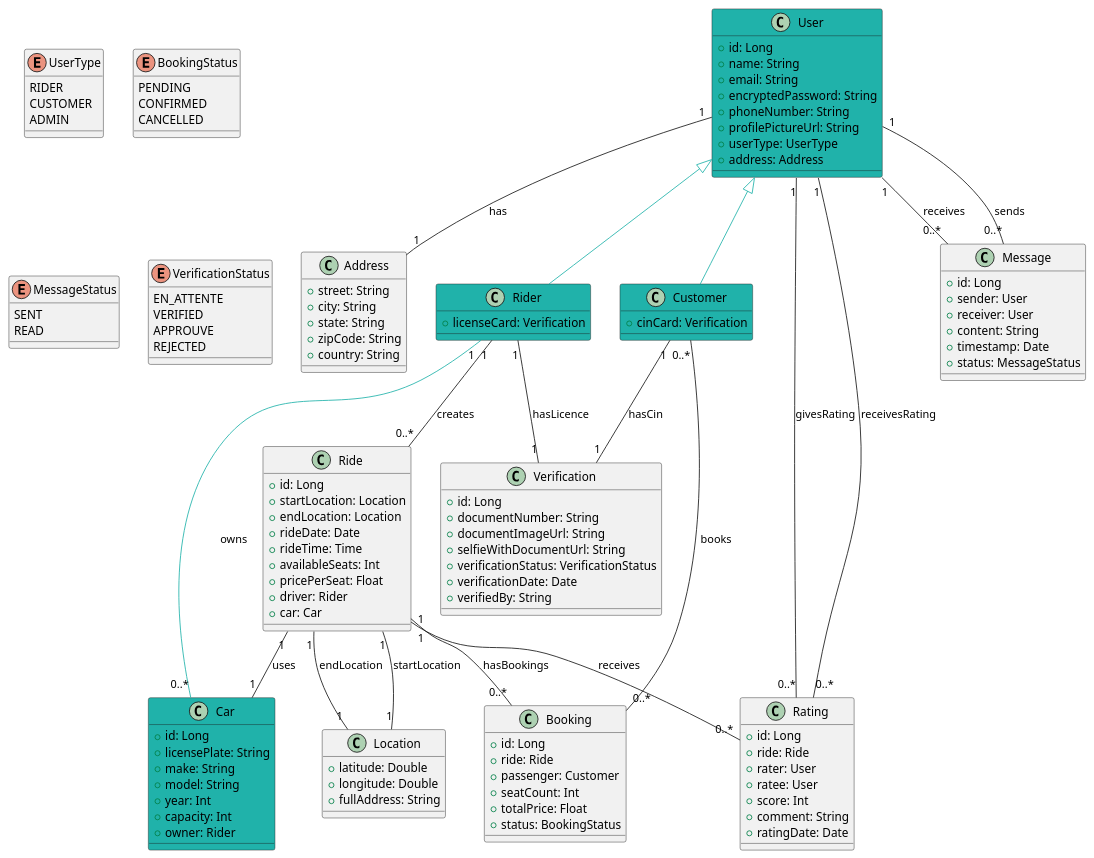
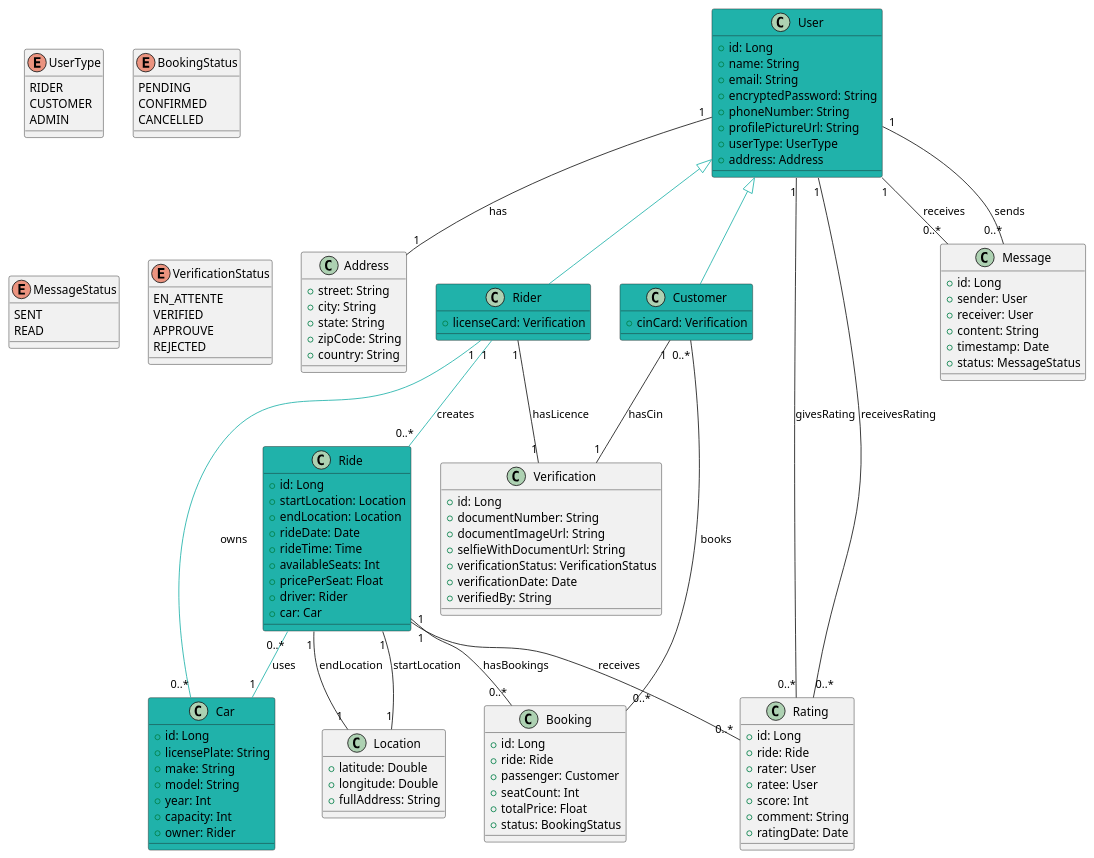
Before and after one commit to Mk-1000/my-ride-api: the diagram in MyRide.plantuml, drawn with PlantUML.

Commit message:
update class diagram

```diff
--- a/MyRide.plantuml
+++ b/MyRide.plantuml
@@ -1,143 +1,143 @@
 @startuml
 class User #LightSeaGreen {
   +id: Long
   +name: String
   +email: String
   +encryptedPassword: String
   +phoneNumber: String
   +profilePictureUrl: String
   +userType: UserType
   +address: Address
 }
 
 class Address {
   +street: String
   +city: String
   +state: String
   +zipCode: String
   +country: String
 }
 
 class Location {
   +latitude: Double
   +longitude: Double
   +fullAddress: String
 }
 
 class Rider #LightSeaGreen {
   +licenseCard: Verification
 }
 
 class Verification {
   +id: Long
   +documentNumber: String
   +documentImageUrl: String
   +selfieWithDocumentUrl: String
   +verificationStatus: VerificationStatus
   +verificationDate: Date
   +verifiedBy: String
 }
 
 class Customer #LightSeaGreen{
     +cinCard: Verification
 }
 
 class Car #LightSeaGreen{
   +id: Long
   +licensePlate: String
   +make: String
   +model: String
   +year: Int
   +capacity: Int
   +owner: Rider
 }
 
-class Ride {
+class Ride #LightSeaGreen {
   +id: Long
   +startLocation: Location
   +endLocation: Location
   +rideDate: Date
   +rideTime: Time
   +availableSeats: Int
   +pricePerSeat: Float
   +driver: Rider
   +car: Car
 }
 
 class Booking {
   +id: Long
   +ride: Ride
   +passenger: Customer
   +seatCount: Int
   +totalPrice: Float
   +status: BookingStatus
 }
 
 class Rating {
   +id: Long
   +ride: Ride
   +rater: User
   +ratee: User
   +score: Int
   +comment: String
   +ratingDate: Date
 }
 
 class Message {
   +id: Long
   +sender: User
   +receiver: User
   +content: String
   +timestamp: Date
   +status: MessageStatus
 }
 
 enum UserType {
   RIDER
   CUSTOMER
   ADMIN
 }
 
 enum BookingStatus {
   PENDING
   CONFIRMED
   CANCELLED
 }
 
 enum MessageStatus {
   SENT
   READ
 }
 
 ' Waiting for verification (initial state)
 ' Good detection by AI (automated status)
 ' Final approval by support team
 ' Rejected by support team or failed AI verification
 
 enum VerificationStatus {
   EN_ATTENTE
   VERIFIED
   APPROUVE
   REJECTED
 }
 
 ' Relationships
 Customer "1" -- "1" Verification: hasCin
 Rider "1" -- "1" Verification: hasLicence
 User "1" -- "1" Address: has
 
 User <|-- Rider #LightSeaGreen
 User <|-- Customer #LightSeaGreen
 Rider "1" -- "0..*" Car #LightSeaGreen : owns
-Rider "1" -- "0..*" Ride: creates 
-Ride "1" -- "1" Car: uses
+Rider "1" -- "0..*" Ride #LightSeaGreen : creates 
+Ride "0..*" -- "1" Car #LightSeaGreen : uses
 Ride "1" -- "0..*" Booking: hasBookings
 Customer "0..*" -- "0..*" Booking: books
 Ride "1" -- "0..*" Rating: receives
 User "1" -- "0..*" Rating: givesRating
 User "1" -- "0..*" Rating: receivesRating
 User "1" -- "0..*" Message: sends
 User "1" -- "0..*" Message: receives
 Ride "1" -- "1" Location: startLocation
 Ride "1" -- "1" Location: endLocation
 @enduml
```
